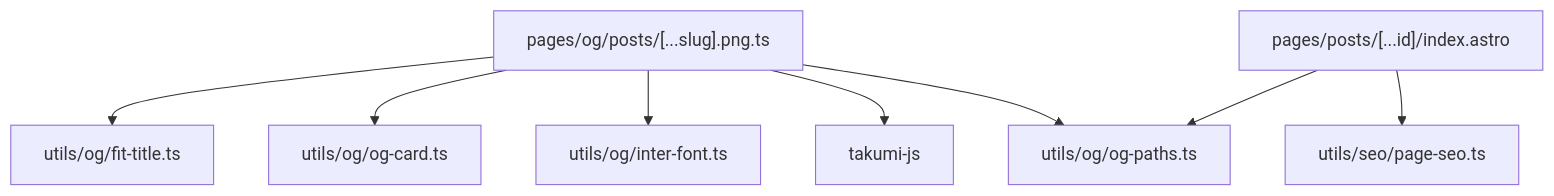
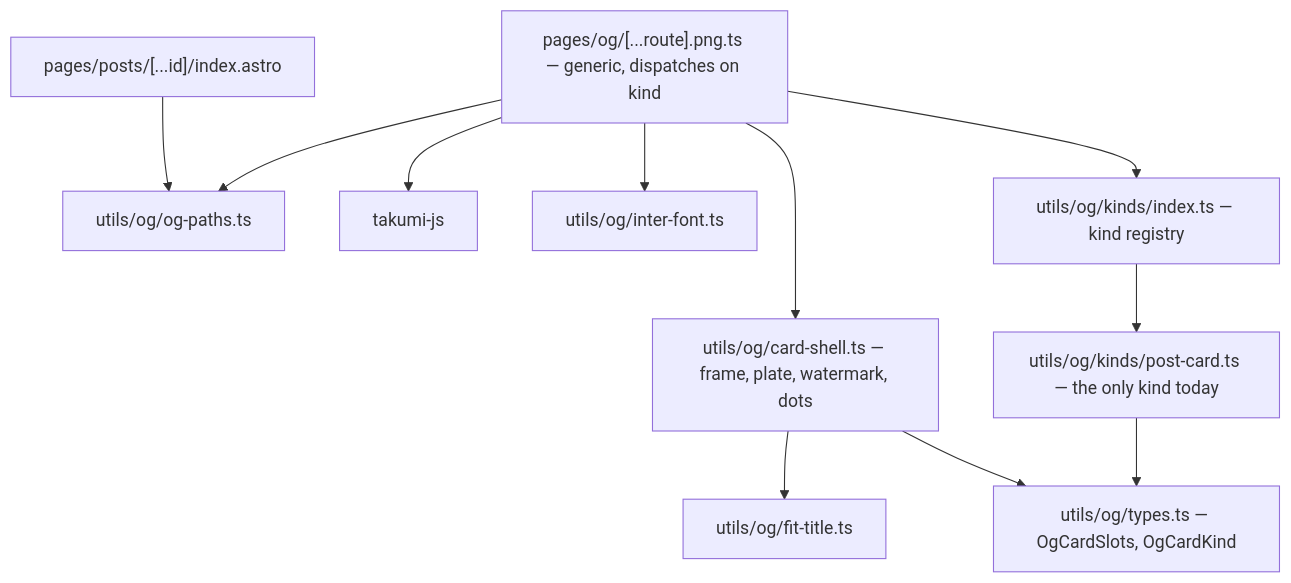
One commit to duckycoding-dev/ducky-coding changed the diagram in docs/og-images/og-images.md. Above: the diagram before and after it, drawn with Mermaid. The commit also changed other lines of this file, not shown here.

First line of the commit message:
docs(og-images): make the card kind a plug-in point, not the pipeline

````diff
--- a/docs/og-images/og-images.md
+++ b/docs/og-images/og-images.md
@@ -143,19 +148,24 @@
 ```mermaid
 graph TD
-    Route["pages/og/posts/[...slug].png.ts"]
+    Route["pages/og/[...route].png.ts — generic, dispatches on kind"]
+    Registry["utils/og/kinds/index.ts — kind registry"]
+    PostKind["utils/og/kinds/post-card.ts — the only kind today"]
+    Shell["utils/og/card-shell.ts — frame, plate, watermark, dots"]
+    Types["utils/og/types.ts — OgCardSlots, OgCardKind"]
     Fit["utils/og/fit-title.ts"]
-    Card["utils/og/og-card.ts"]
     Paths["utils/og/og-paths.ts"]
     Font["utils/og/inter-font.ts"]
     Takumi["takumi-js"]
-    Seo["utils/seo/page-seo.ts"]
     Post["pages/posts/[...id]/index.astro"]
 
-    Route --> Fit
-    Route --> Card
+    Route --> Registry
+    Route --> Shell
     Route --> Font
     Route --> Takumi
+    Registry --> PostKind
+    PostKind --> Types
+    Shell --> Types
+    Shell --> Fit
+    Post --> Paths
     Route --> Paths
-    Post --> Paths
-    Post --> Seo
 ```
````
